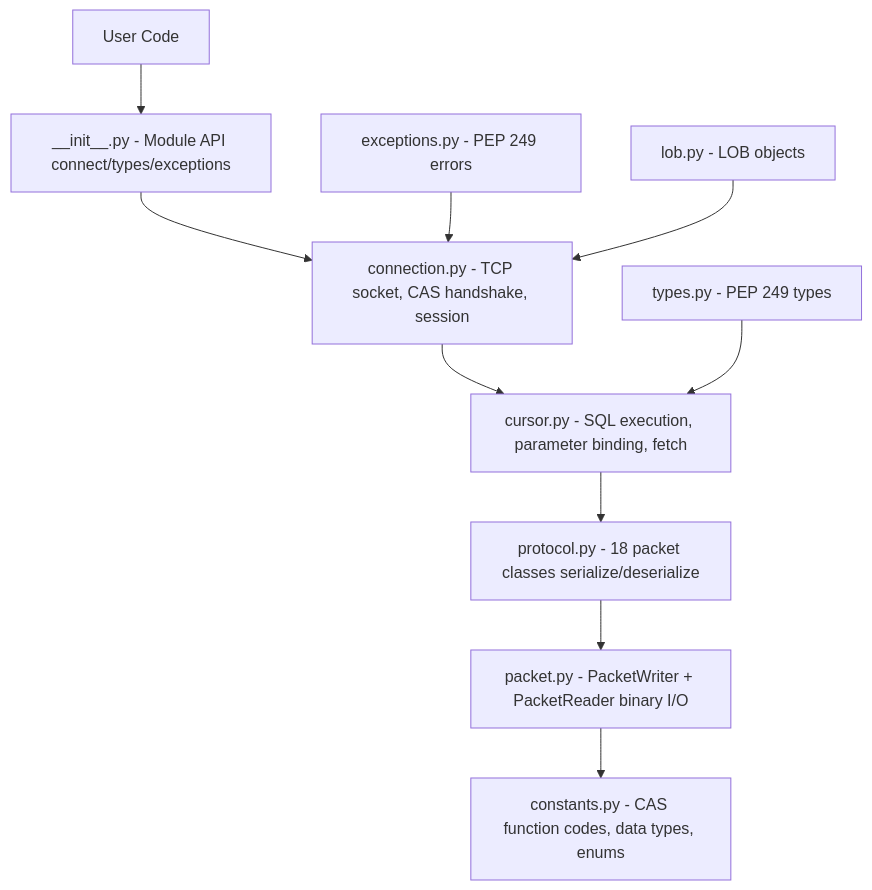
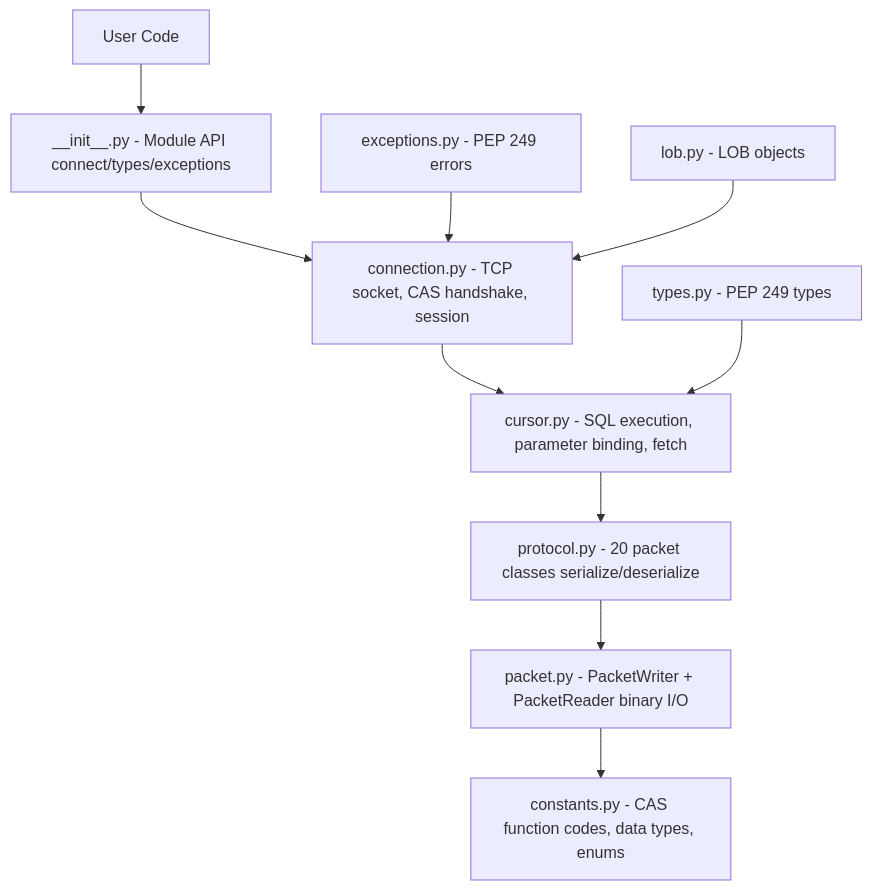
The second of 2 diagrams in docs/DEVELOPMENT.md (cubrid-lab/pycubrid), drawn with Mermaid before and after one commit. The commit also changed other lines of this file and 18 other files, not shown here.

````diff
--- a/docs/DEVELOPMENT.md
+++ b/docs/DEVELOPMENT.md
@@ -441,13 +441,13 @@
 ```mermaid
 graph TD
     user[User Code] --> init[__init__.py - Module API connect/types/exceptions]
     init --> connection[connection.py - TCP socket, CAS handshake, session]
     connection --> cursor[cursor.py - SQL execution, parameter binding, fetch]
-    cursor --> protocol[protocol.py - 18 packet classes serialize/deserialize]
+    cursor --> protocol[protocol.py - 20 packet classes serialize/deserialize]
     protocol --> packet[packet.py - PacketWriter + PacketReader binary I/O]
     packet --> constants[constants.py - CAS function codes, data types, enums]
 
     types[types.py - PEP 249 types] --> cursor
     exceptions[exceptions.py - PEP 249 errors] --> connection
     lob[lob.py - LOB objects] --> connection
 ```
````
